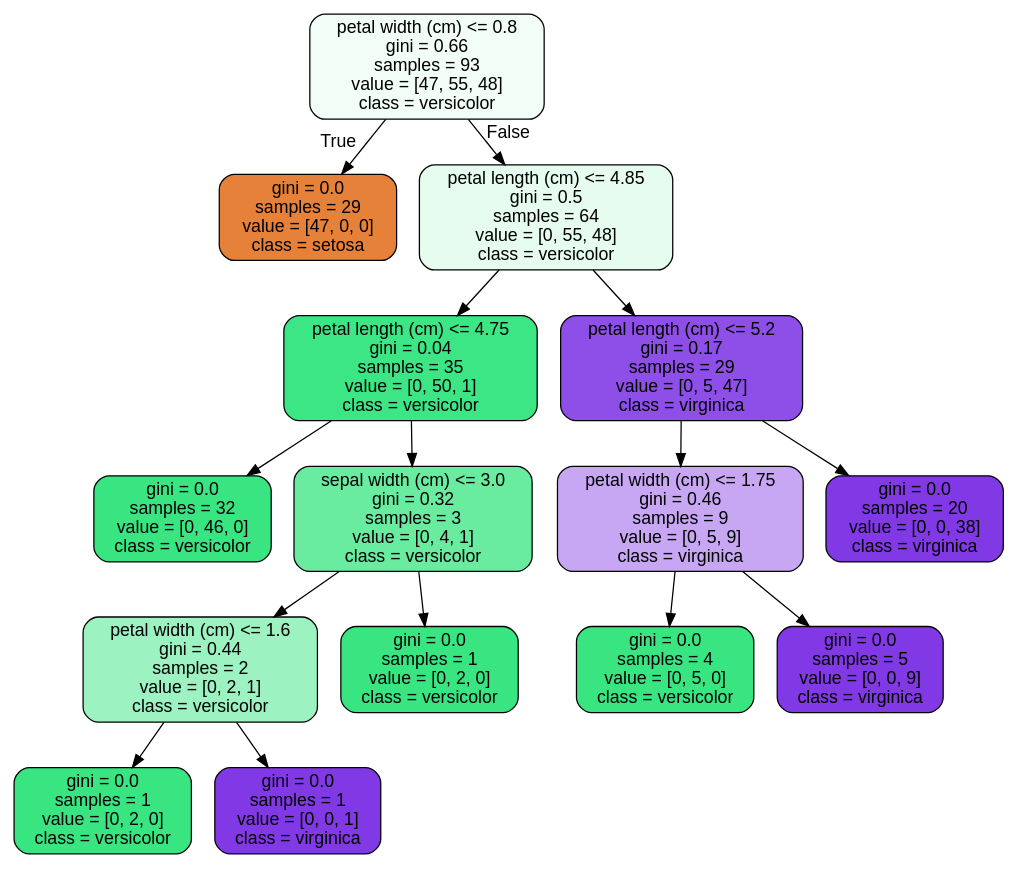
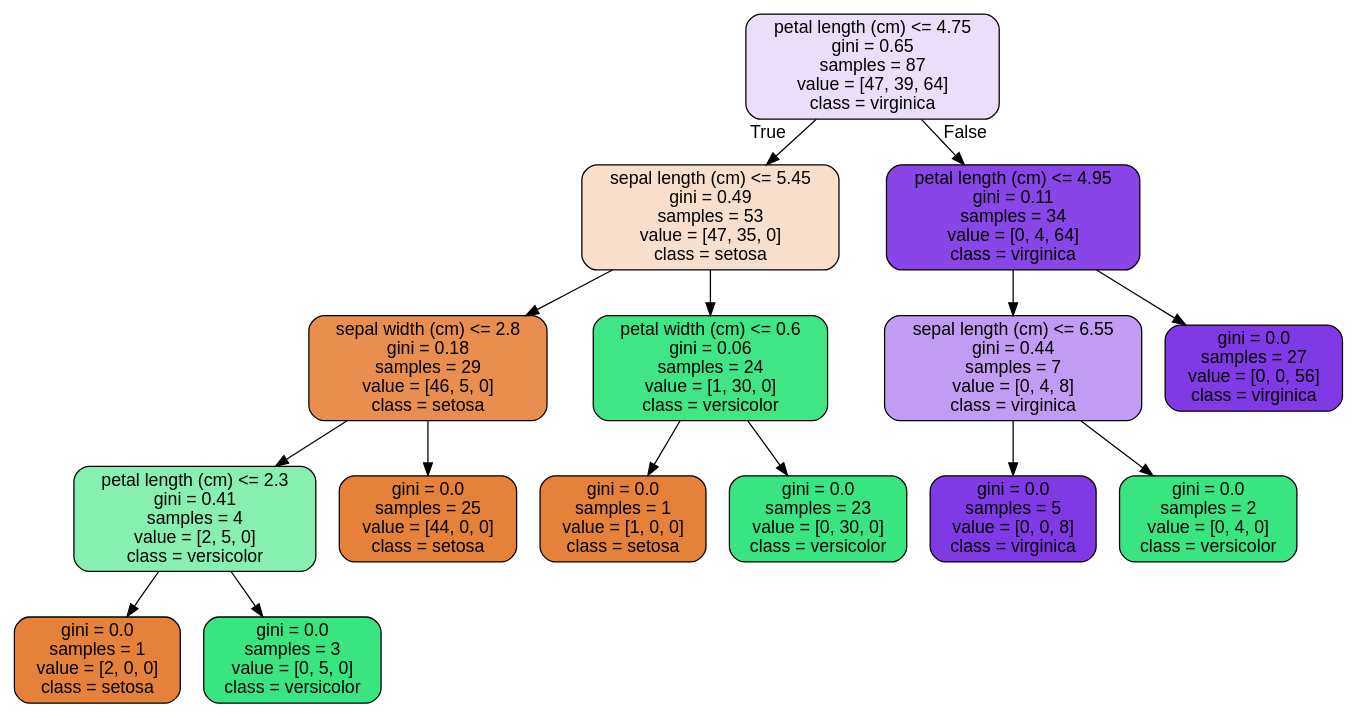
The diagram in SpringBoard/Exercises/RandomForest Covid Case Study_06302020/tree.dot (CroissantAhhh/Portfolio), drawn with Graphviz before and after one commit. The commit also changed 6 other files, not shown here.

```diff
--- a/SpringBoard/Exercises/RandomForest Covid Case Study_06302020/tree.dot
+++ b/SpringBoard/Exercises/RandomForest Covid Case Study_06302020/tree.dot
@@ -1,33 +1,33 @@
 digraph Tree {
 node [shape=box, style="filled, rounded", color="black", fontname=helvetica] ;
 edge [fontname=helvetica] ;
-0 [label="petal width (cm) <= 0.8\ngini = 0.66\nsamples = 93\nvalue = [47, 55, 48]\nclass = versicolor", fillcolor="#f1fdf6"] ;
-1 [label="gini = 0.0\nsamples = 29\nvalue = [47, 0, 0]\nclass = setosa", fillcolor="#e58139"] ;
+0 [label="petal length (cm) <= 4.75\ngini = 0.65\nsamples = 87\nvalue = [47, 39, 64]\nclass = virginica", fillcolor="#eadefb"] ;
+1 [label="sepal length (cm) <= 5.45\ngini = 0.49\nsamples = 53\nvalue = [47, 35, 0]\nclass = setosa", fillcolor="#f8dfcc"] ;
 0 -> 1 [labeldistance=2.5, labelangle=45, headlabel="True"] ;
-2 [label="petal length (cm) <= 4.85\ngini = 0.5\nsamples = 64\nvalue = [0, 55, 48]\nclass = versicolor", fillcolor="#e6fcef"] ;
-0 -> 2 [labeldistance=2.5, labelangle=-45, headlabel="False"] ;
-3 [label="petal length (cm) <= 4.75\ngini = 0.04\nsamples = 35\nvalue = [0, 50, 1]\nclass = versicolor", fillcolor="#3de684"] ;
+2 [label="sepal width (cm) <= 2.8\ngini = 0.18\nsamples = 29\nvalue = [46, 5, 0]\nclass = setosa", fillcolor="#e88f4f"] ;
+1 -> 2 ;
+3 [label="petal length (cm) <= 2.3\ngini = 0.41\nsamples = 4\nvalue = [2, 5, 0]\nclass = versicolor", fillcolor="#88efb3"] ;
 2 -> 3 ;
-4 [label="gini = 0.0\nsamples = 32\nvalue = [0, 46, 0]\nclass = versicolor", fillcolor="#39e581"] ;
+4 [label="gini = 0.0\nsamples = 1\nvalue = [2, 0, 0]\nclass = setosa", fillcolor="#e58139"] ;
 3 -> 4 ;
-5 [label="sepal width (cm) <= 3.0\ngini = 0.32\nsamples = 3\nvalue = [0, 4, 1]\nclass = versicolor", fillcolor="#6aeca0"] ;
+5 [label="gini = 0.0\nsamples = 3\nvalue = [0, 5, 0]\nclass = versicolor", fillcolor="#39e581"] ;
 3 -> 5 ;
-6 [label="petal width (cm) <= 1.6\ngini = 0.44\nsamples = 2\nvalue = [0, 2, 1]\nclass = versicolor", fillcolor="#9cf2c0"] ;
-5 -> 6 ;
-7 [label="gini = 0.0\nsamples = 1\nvalue = [0, 2, 0]\nclass = versicolor", fillcolor="#39e581"] ;
-6 -> 7 ;
-8 [label="gini = 0.0\nsamples = 1\nvalue = [0, 0, 1]\nclass = virginica", fillcolor="#8139e5"] ;
-6 -> 8 ;
-9 [label="gini = 0.0\nsamples = 1\nvalue = [0, 2, 0]\nclass = versicolor", fillcolor="#39e581"] ;
-5 -> 9 ;
-10 [label="petal length (cm) <= 5.2\ngini = 0.17\nsamples = 29\nvalue = [0, 5, 47]\nclass = virginica", fillcolor="#8e4ee8"] ;
-2 -> 10 ;
-11 [label="petal width (cm) <= 1.75\ngini = 0.46\nsamples = 9\nvalue = [0, 5, 9]\nclass = virginica", fillcolor="#c7a7f3"] ;
+6 [label="gini = 0.0\nsamples = 25\nvalue = [44, 0, 0]\nclass = setosa", fillcolor="#e58139"] ;
+2 -> 6 ;
+7 [label="petal width (cm) <= 0.6\ngini = 0.06\nsamples = 24\nvalue = [1, 30, 0]\nclass = versicolor", fillcolor="#40e685"] ;
+1 -> 7 ;
+8 [label="gini = 0.0\nsamples = 1\nvalue = [1, 0, 0]\nclass = setosa", fillcolor="#e58139"] ;
+7 -> 8 ;
+9 [label="gini = 0.0\nsamples = 23\nvalue = [0, 30, 0]\nclass = versicolor", fillcolor="#39e581"] ;
+7 -> 9 ;
+10 [label="petal length (cm) <= 4.95\ngini = 0.11\nsamples = 34\nvalue = [0, 4, 64]\nclass = virginica", fillcolor="#8945e7"] ;
+0 -> 10 [labeldistance=2.5, labelangle=-45, headlabel="False"] ;
+11 [label="sepal length (cm) <= 6.55\ngini = 0.44\nsamples = 7\nvalue = [0, 4, 8]\nclass = virginica", fillcolor="#c09cf2"] ;
 10 -> 11 ;
-12 [label="gini = 0.0\nsamples = 4\nvalue = [0, 5, 0]\nclass = versicolor", fillcolor="#39e581"] ;
+12 [label="gini = 0.0\nsamples = 5\nvalue = [0, 0, 8]\nclass = virginica", fillcolor="#8139e5"] ;
 11 -> 12 ;
-13 [label="gini = 0.0\nsamples = 5\nvalue = [0, 0, 9]\nclass = virginica", fillcolor="#8139e5"] ;
+13 [label="gini = 0.0\nsamples = 2\nvalue = [0, 4, 0]\nclass = versicolor", fillcolor="#39e581"] ;
 11 -> 13 ;
-14 [label="gini = 0.0\nsamples = 20\nvalue = [0, 0, 38]\nclass = virginica", fillcolor="#8139e5"] ;
+14 [label="gini = 0.0\nsamples = 27\nvalue = [0, 0, 56]\nclass = virginica", fillcolor="#8139e5"] ;
 10 -> 14 ;
 }
```
